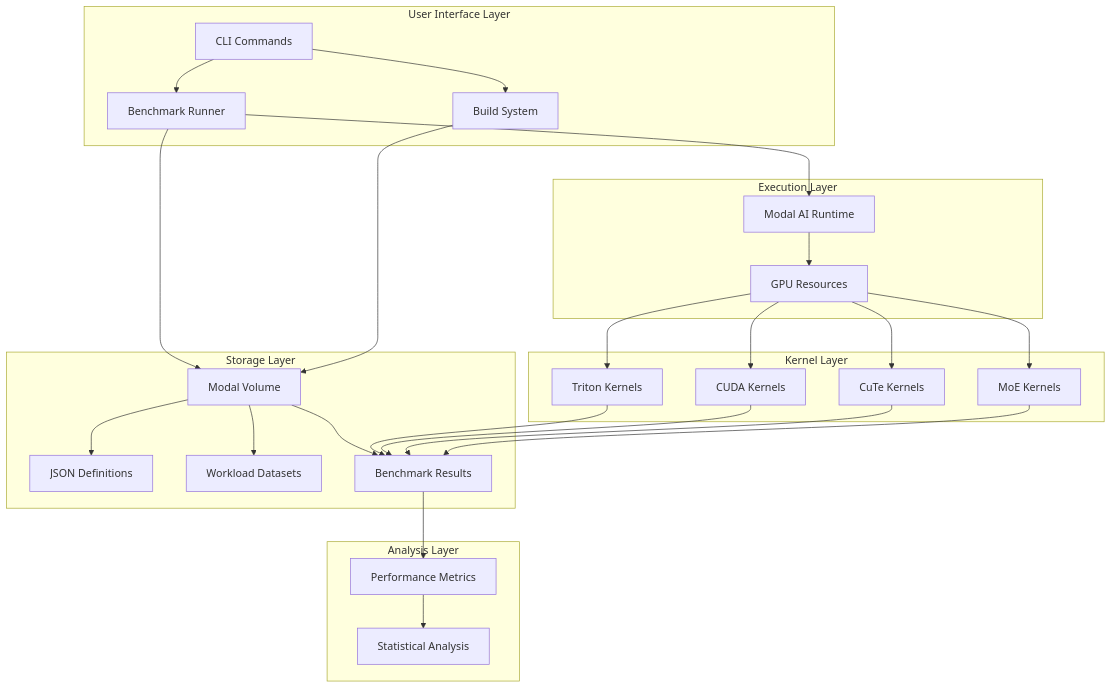
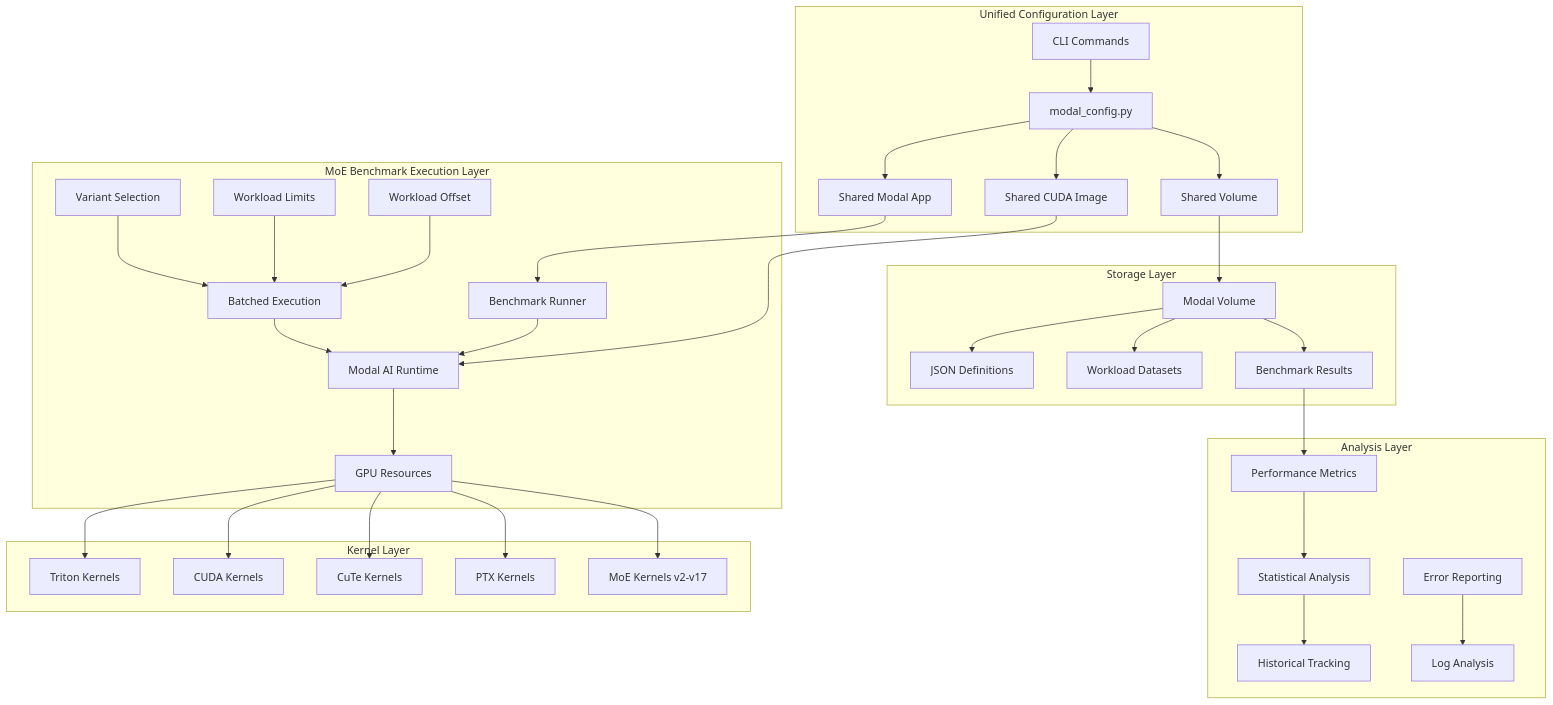
One commit to gugudeshubao/flashinfer-bench-tma-thrust changed the third of 12 diagrams in .qoder/repowiki/en/content/Benchmarking Framework/Enhanced Benchmarking Framework.md. Above: the diagram before and after it, drawn with Mermaid. The commit also changed other lines of this file and 46 other files, not shown here.

````diff
--- a/.qoder/repowiki/en/content/Benchmarking Framework/Enhanced Benchmarking Framework.md
+++ b/.qoder/repowiki/en/content/Benchmarking Framework/Enhanced Benchmarking Framework.md
@@ -168,32 +258,38 @@
 ```mermaid
 graph TB
-subgraph "User Interface Layer"
-UI[CLI Commands] --> Runner[Benchmark Runner]
-UI --> Builder[Build System]
+subgraph "Unified Configuration Layer"
+UI[CLI Commands] --> Config[modal_config.py]
+Config --> SharedApp[Shared Modal App]
+Config --> SharedImage[Shared CUDA Image]
+Config --> SharedVolume[Shared Volume]
 end
-subgraph "Execution Layer"
-Runner --> Modal[Modal AI Runtime]
+subgraph "MoE Benchmark Execution Layer"
+Runner[Benchmark Runner] --> Modal[Modal AI Runtime]
 Modal --> GPU[GPU Resources]
+Batch[Batched Execution] --> Modal
+Variant[Variant Selection] --> Batch
+Limit[Workload Limits] --> Batch
+Offset[Workload Offset] --> Batch
 end
 subgraph "Storage Layer"
 Storage[Modal Volume] --> Definitions[JSON Definitions]
 Storage --> Workloads[Workload Datasets]
 Storage --> Results[Benchmark Results]
 end
 subgraph "Kernel Layer"
 GPU --> Triton[Triton Kernels]
 GPU --> CUDA[CUDA Kernels]
 GPU --> CuTe[CuTe Kernels]
-GPU --> MoE[MoE Kernels]
+GPU --> PTX[PTX Kernels]
+GPU --> MoE[MoE Kernels v2-v17]
 end
 subgraph "Analysis Layer"
 Results --> Metrics[Performance Metrics]
 Metrics --> Reports[Statistical Analysis]
+Reports --> Historical[Historical Tracking]
+Error[Error Reporting] --> Logs[Log Analysis]
 end
-Runner --> Storage
-Builder --> Storage
-Triton --> Results
-CUDA --> Results
-CuTe --> Results
-MoE --> Results
+SharedVolume --> Storage
+SharedApp --> Runner
+SharedImage --> Modal
 ```
````
